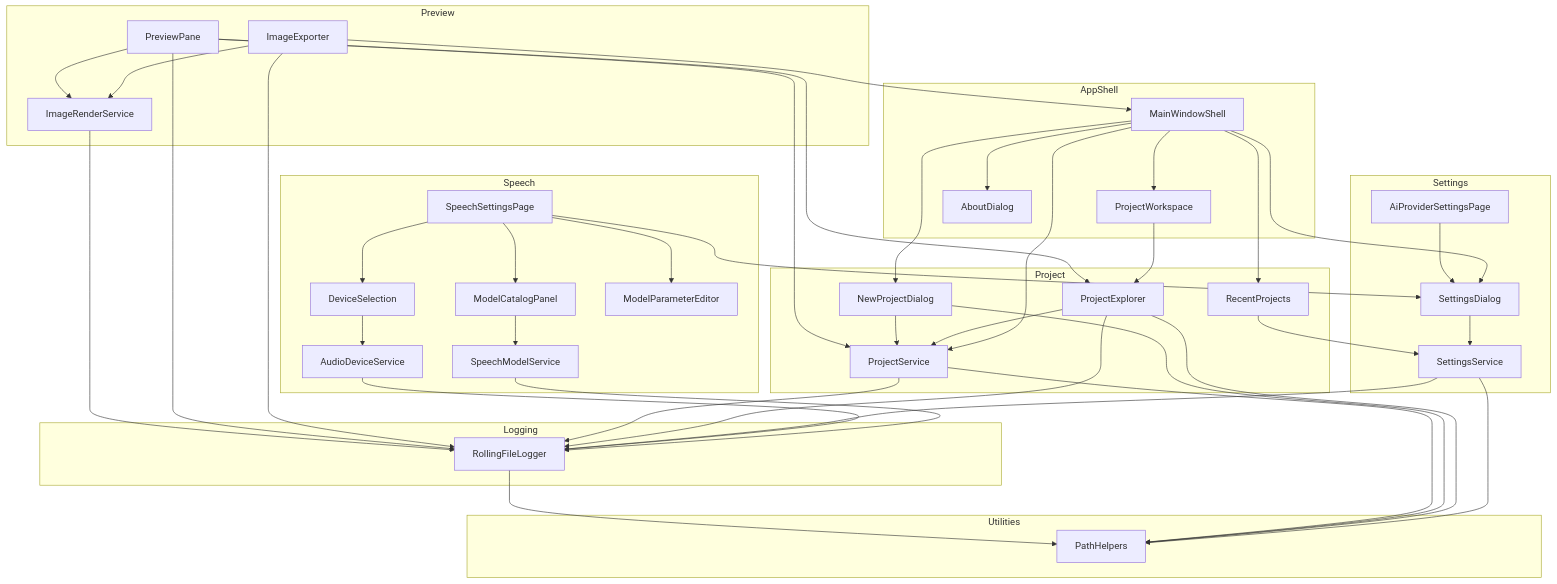
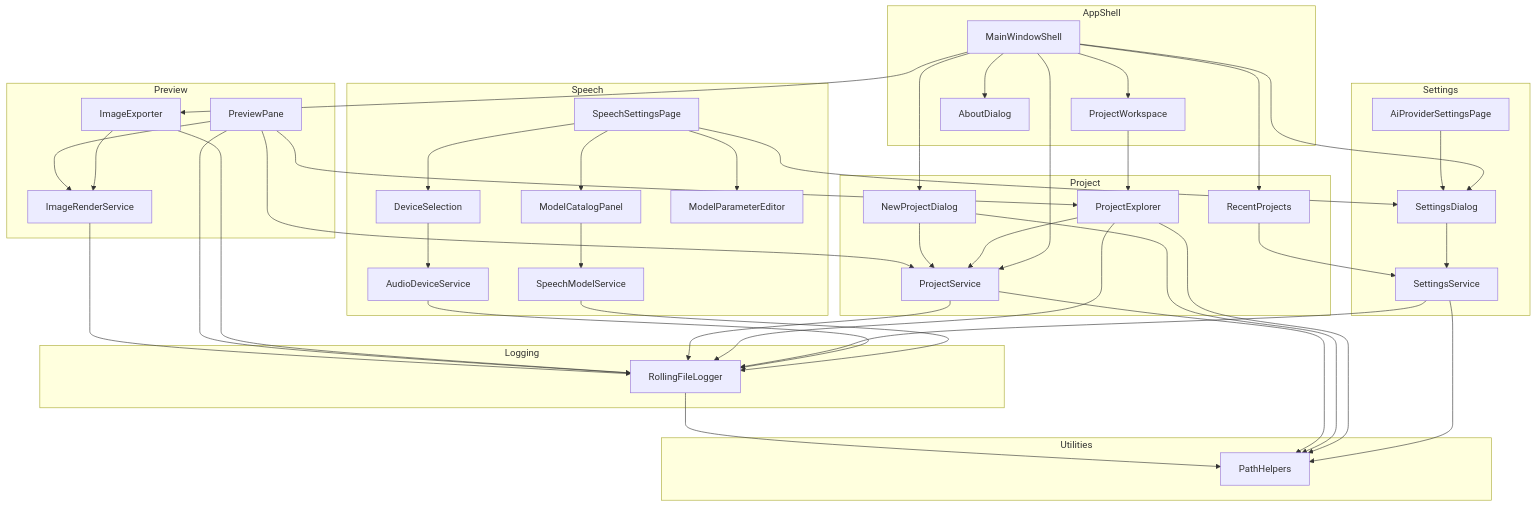
Before and after one commit to demaconsulting/CanvasPilot: the diagram in docs/design/canvas-pilot.md, drawn with Mermaid. The commit also changed other lines of this file and 26 other files, not shown here.

````diff
--- a/docs/design/canvas-pilot.md
+++ b/docs/design/canvas-pilot.md
@@ -11,74 +11,74 @@
 ```mermaid
 flowchart TD
     subgraph AppShell
         MainWindowShell
         ProjectWorkspace
         AboutDialog
     end
     subgraph Logging
         RollingFileLogger
     end
     subgraph Preview
         ImageRenderService
         PreviewPane
         ImageExporter
     end
     subgraph Project
         ProjectService
         RecentProjects
         NewProjectDialog
         ProjectExplorer
     end
     subgraph Settings
         SettingsService
         SettingsDialog
         AiProviderSettingsPage
     end
     subgraph Speech
         AudioDeviceService
         SpeechModelService
         DeviceSelection
         ModelCatalogPanel
         ModelParameterEditor
         SpeechSettingsPage
     end
     subgraph Utilities
         PathHelpers
     end
     RollingFileLogger --> PathHelpers
     ImageRenderService --> RollingFileLogger
     PreviewPane --> ImageRenderService
     PreviewPane --> ProjectExplorer
     PreviewPane --> ProjectService
     PreviewPane --> RollingFileLogger
     ImageExporter --> ImageRenderService
-    ImageExporter --> MainWindowShell
     ImageExporter --> RollingFileLogger
     ProjectService --> PathHelpers
     ProjectService --> RollingFileLogger
     RecentProjects --> SettingsService
     NewProjectDialog --> ProjectService
     NewProjectDialog --> PathHelpers
     ProjectExplorer --> ProjectService
     ProjectExplorer --> PathHelpers
     ProjectExplorer --> RollingFileLogger
     SettingsService --> PathHelpers
     SettingsService --> RollingFileLogger
     SettingsDialog --> SettingsService
     AiProviderSettingsPage --> SettingsDialog
     AudioDeviceService --> RollingFileLogger
     SpeechModelService --> RollingFileLogger
     DeviceSelection --> AudioDeviceService
     ModelCatalogPanel --> SpeechModelService
     SpeechSettingsPage --> SettingsDialog
     SpeechSettingsPage --> DeviceSelection
     SpeechSettingsPage --> ModelCatalogPanel
     SpeechSettingsPage --> ModelParameterEditor
     MainWindowShell --> ProjectService
     MainWindowShell --> RecentProjects
     MainWindowShell --> NewProjectDialog
     MainWindowShell --> SettingsDialog
     MainWindowShell --> ProjectWorkspace
+    MainWindowShell --> ImageExporter
     MainWindowShell --> AboutDialog
     ProjectWorkspace --> ProjectExplorer
 ```
````
